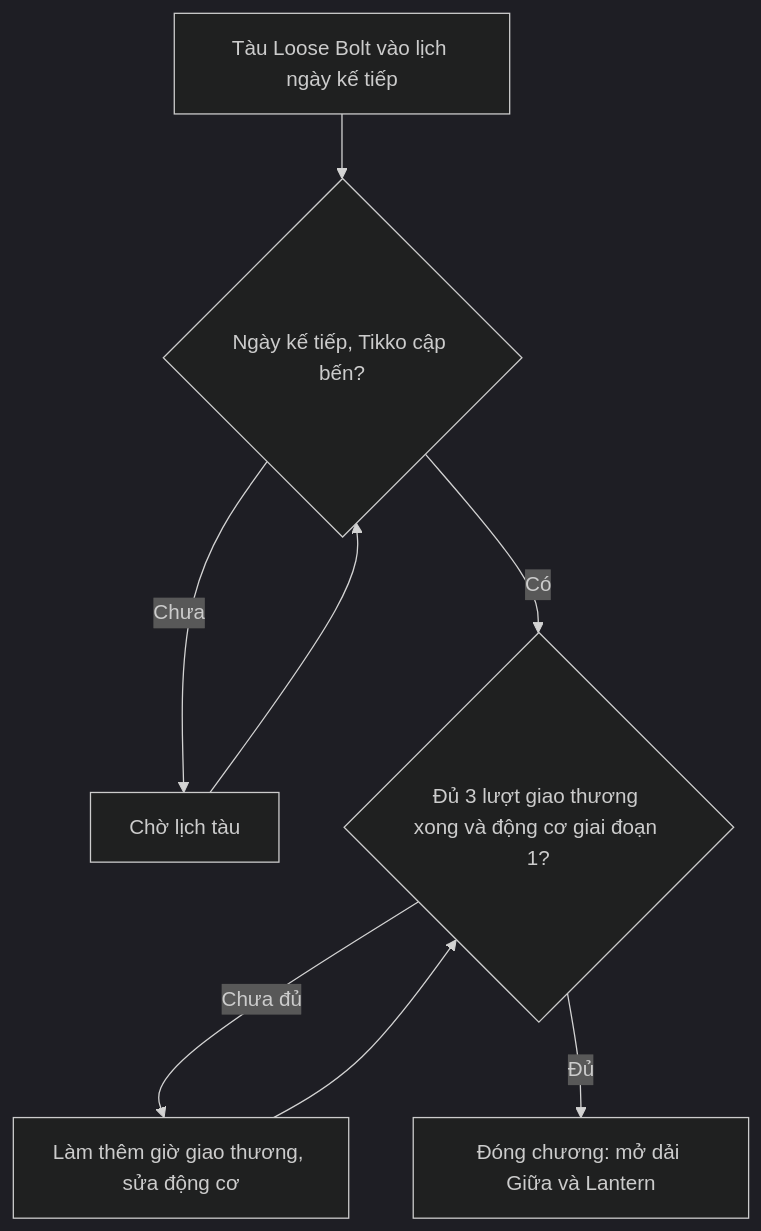
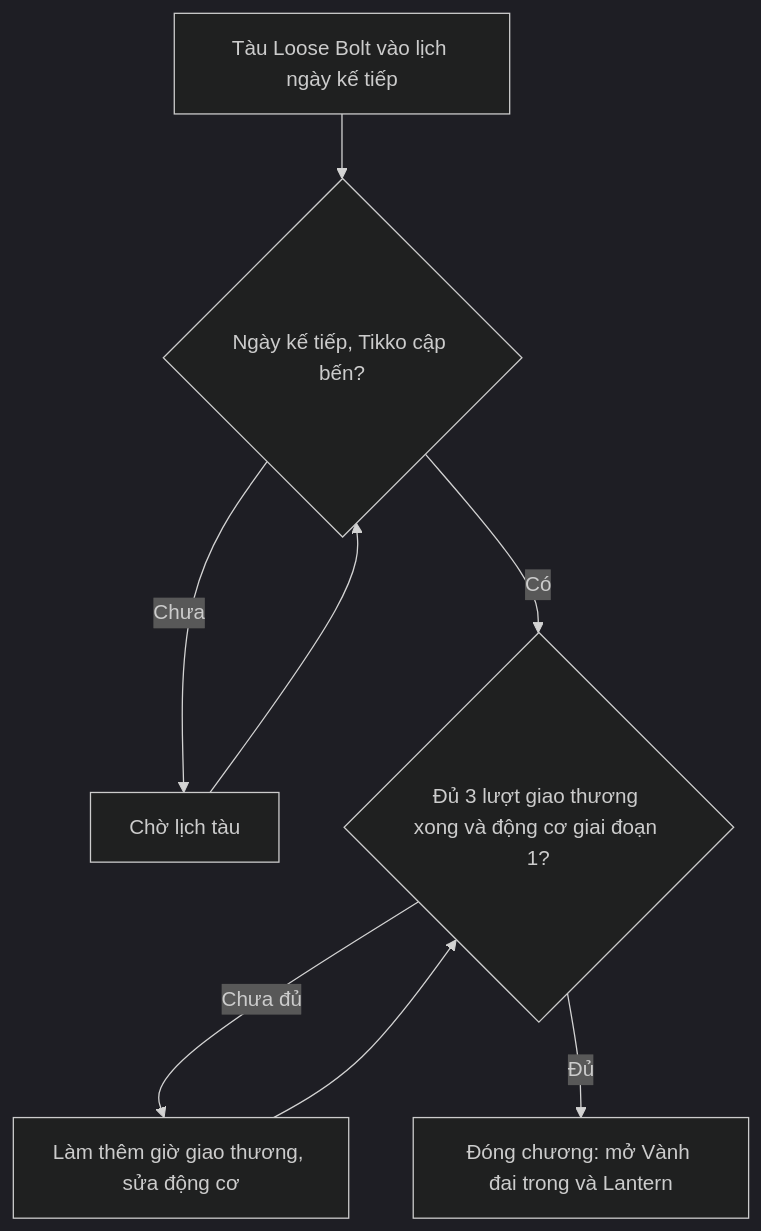
The third of 3 diagrams in projects/game-moi/book/phan-2/09-cot-truyen-ket-thuc.md (huycv18/DATN-SP27), drawn with Mermaid (dark theme) before and after one commit. The commit also changed other lines of this file and 55 other files, not shown here.

Commit message:
Đổi tên ba vùng map: dải Gần, Giữa, Xa thành Vành đai ngoài, Vành đai trong, Vùng trung tâm (Lead chốt). GDD, Book, 17 tab TSV và Sheet, tên món, sim, tool, prototype, story. Sim chạy lại không đổi số, Book xuất lại và đưa lên Drive

````diff
--- a/projects/game-moi/book/phan-2/09-cot-truyen-ket-thuc.md
+++ b/projects/game-moi/book/phan-2/09-cot-truyen-ket-thuc.md
@@ -85,10 +85,10 @@
 ```mermaid
 flowchart TD
   I["Tàu Loose Bolt vào lịch ngày kế tiếp"] --> J{"Ngày kế tiếp, Tikko cập bến?"}
   J -->|Chưa| K["Chờ lịch tàu"]
   K --> J
   J -->|Có| L{"Đủ 3 lượt giao thương xong và động cơ giai đoạn 1?"}
   L -->|Chưa đủ| M["Làm thêm giờ giao thương, sửa động cơ"]
   M --> L
-  L -->|Đủ| N["Đóng chương: mở dải Giữa và Lantern"]
+  L -->|Đủ| N["Đóng chương: mở Vành đai trong và Lantern"]
 ```
````
